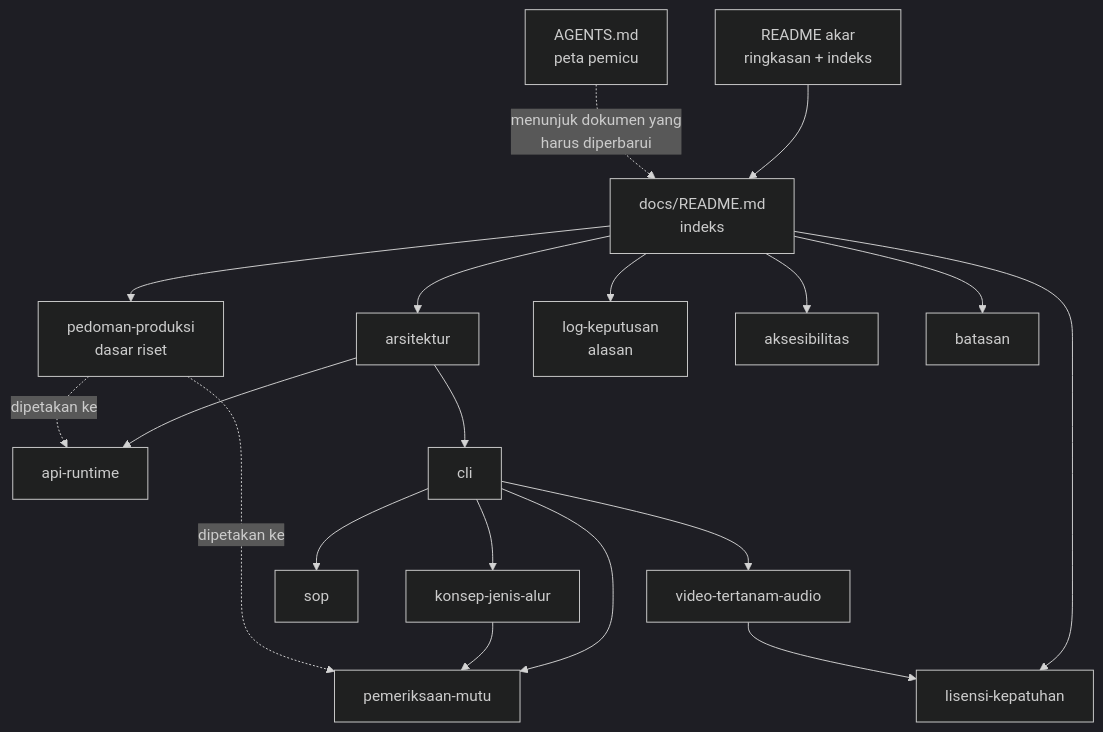
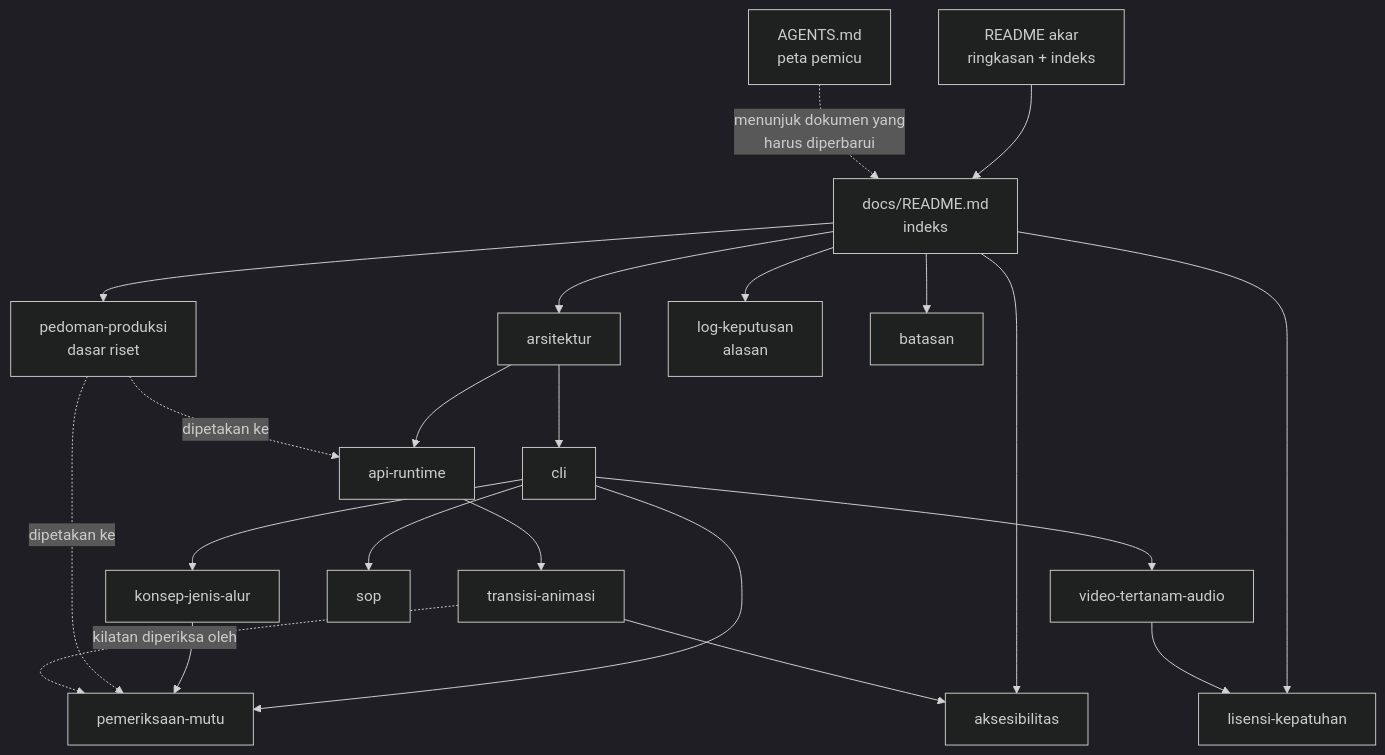
Before and after one commit to ahliweb/awvd: the diagram in docs/README.md, drawn with Mermaid (dark theme). The commit also changed other lines of this file and 15 other files, not shown here.

Commit message:
feat: modul transisi dan animasi deterministik (window.Transisi) dengan galeri dan uji

````diff
--- a/docs/README.md
+++ b/docs/README.md
@@ -35,21 +36,24 @@
 ```mermaid
 flowchart TD
     R[README akar<br/>ringkasan + indeks] --> I[docs/README.md<br/>indeks]
     I --> A[arsitektur]
     A --> API[api-runtime]
+    API --> TRA[transisi-animasi]
     A --> CLI[cli]
     CLI --> QC[pemeriksaan-mutu]
     CLI --> KLP[video-tertanam-audio]
     CLI --> SOP[sop]
     CLI --> KON[konsep-jenis-alur]
     KON --> QC
     I --> PP[pedoman-produksi<br/>dasar riset]
     I --> LK[log-keputusan<br/>alasan]
     I --> AKS[aksesibilitas]
+    TRA --> AKS
     I --> BAT[batasan]
     I --> LIS[lisensi-kepatuhan]
     KLP --> LIS
     PP -.->|dipetakan ke| API
     PP -.->|dipetakan ke| QC
+    TRA -.->|kilatan diperiksa oleh| QC
     AG[AGENTS.md<br/>peta pemicu] -.->|menunjuk dokumen yang<br/>harus diperbarui| I
 ```
````
